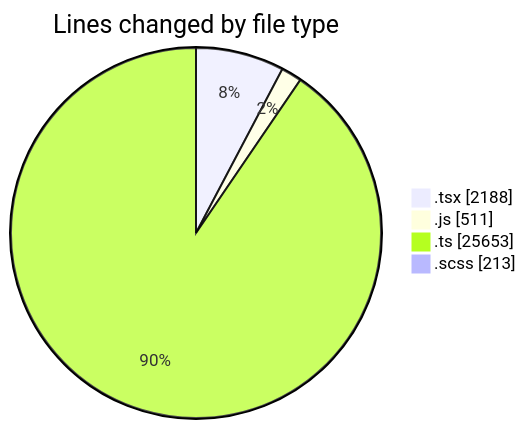
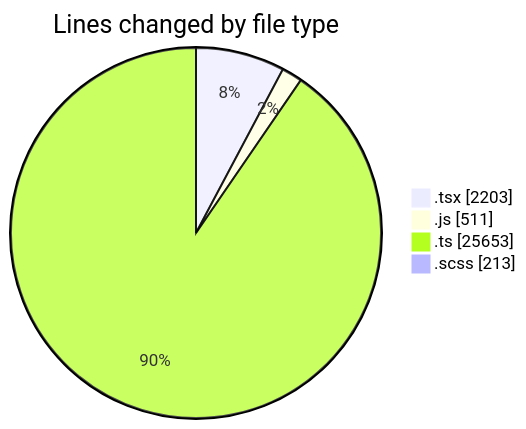
Before and after one commit to momahboobian/code-tracking: the first of 2 diagrams in 2025-06-30/cda/README.md, drawn with Mermaid. The commit also changed other lines of this file and 1 other file, not shown here.

````diff
--- a/2025-06-30/cda/README.md
+++ b/2025-06-30/cda/README.md
@@ -41,8 +41,8 @@
 ```mermaid
 pie showData
 title Lines changed by file type
-".tsx" : 2188
+".tsx" : 2203
 ".js" : 511
 ".ts" : 25653
 ".scss" : 213
 ```
````
